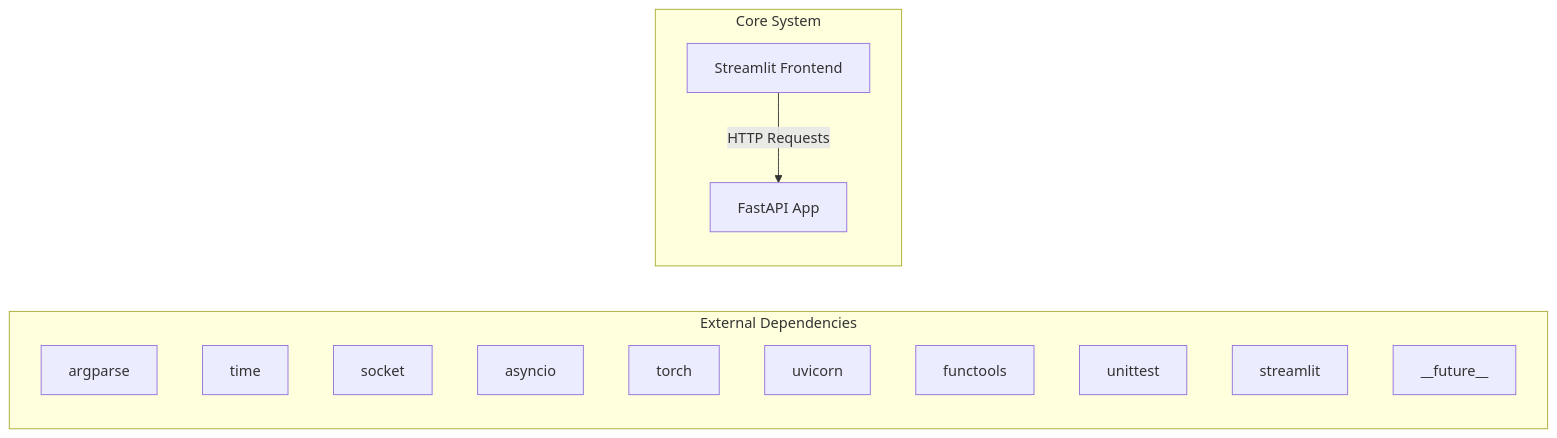
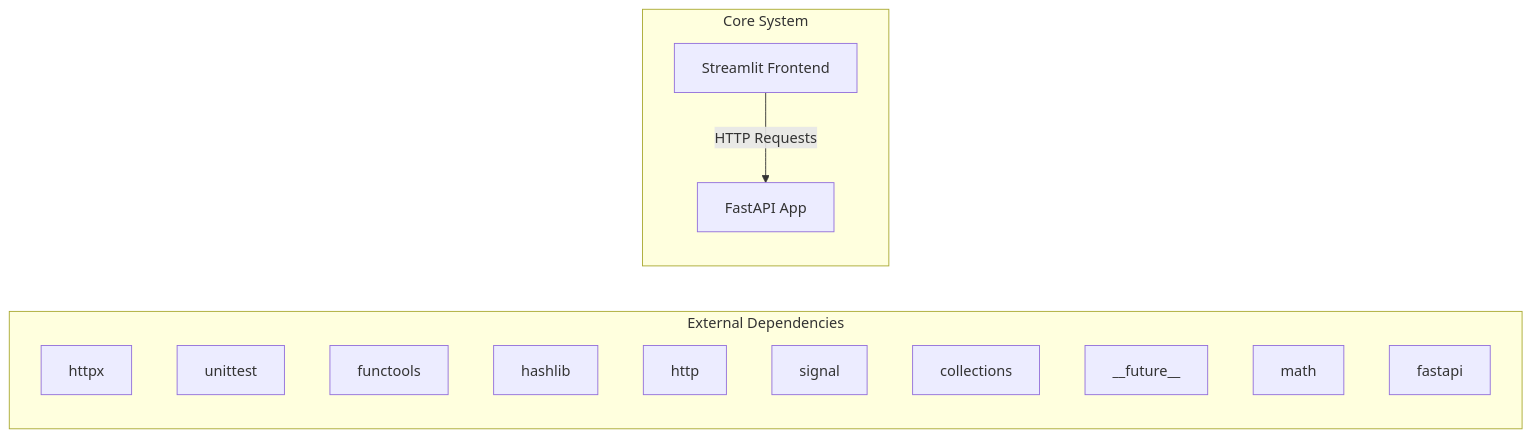
One commit to NITISH-R-G/rag-context-optimizer changed the first of 2 diagrams in docs/architecture.md. Above: the diagram before and after it, drawn with Mermaid. The commit also changed 1 other file, not shown here.

Commit message:
docs: auto-update repository knowledge, architecture diagrams, and documentation

````diff
--- a/docs/architecture.md
+++ b/docs/architecture.md
@@ -7,20 +7,20 @@
 ```mermaid
 graph LR
     subgraph External Dependencies
-        E0["argparse"]
-        E1["time"]
-        E2["socket"]
-        E3["asyncio"]
-        E4["torch"]
-        E5["uvicorn"]
-        E6["functools"]
-        E7["unittest"]
-        E8["streamlit"]
-        E9["__future__"]
+        E0["httpx"]
+        E1["unittest"]
+        E2["functools"]
+        E3["hashlib"]
+        E4["http"]
+        E5["signal"]
+        E6["collections"]
+        E7["__future__"]
+        E8["math"]
+        E9["fastapi"]
     end
     subgraph Core System
         API["FastAPI App"]
         UI["Streamlit Frontend"]
     end
     UI -->|HTTP Requests| API
 ```
````
